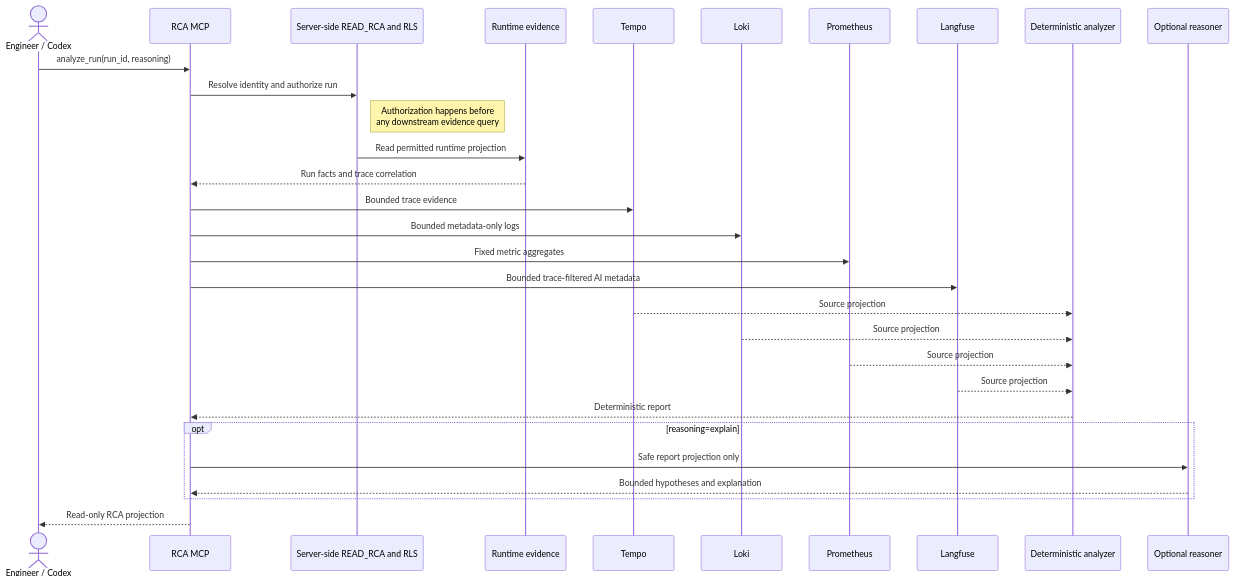
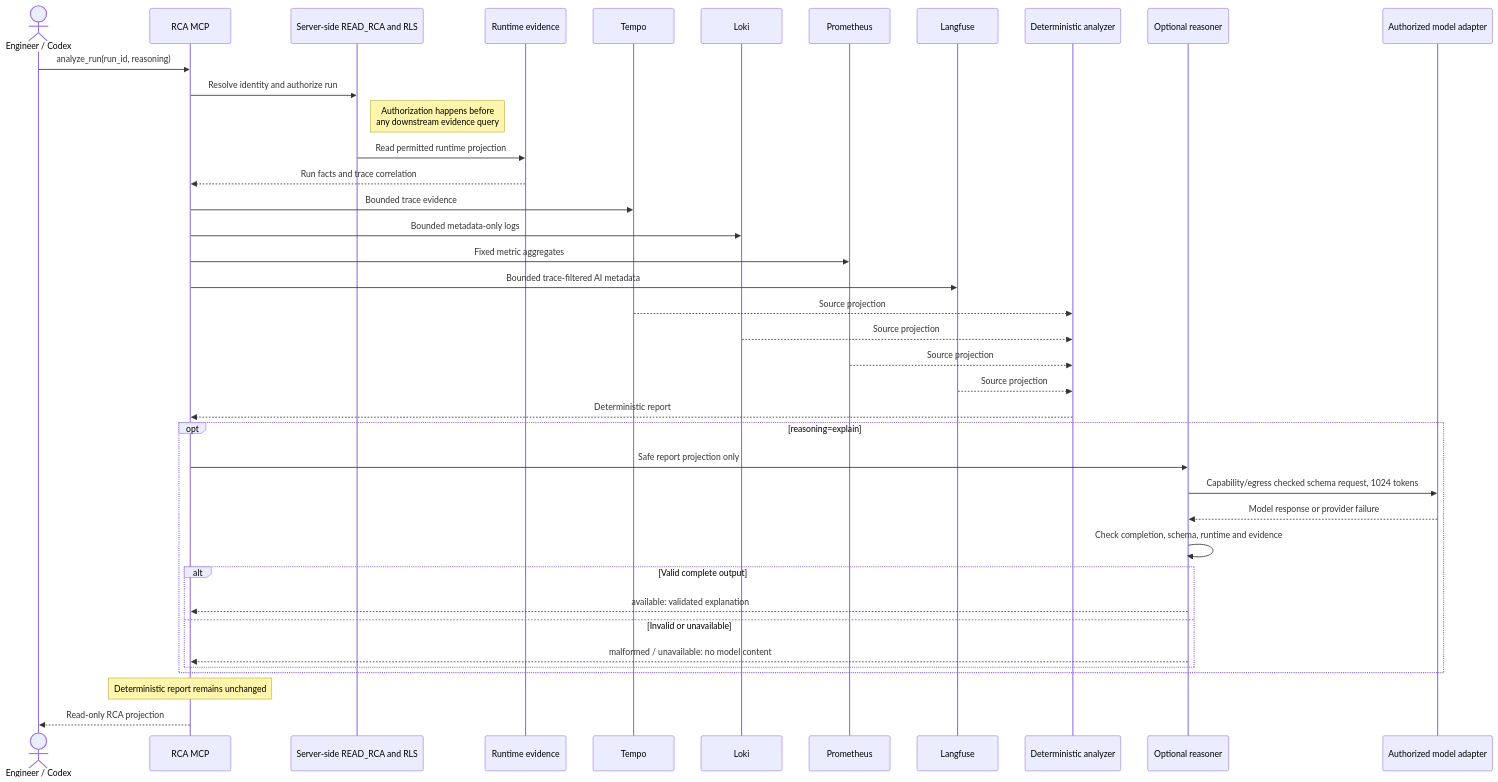
The fourth of 4 diagrams in docs/architecture/observability.md (aboerzel/industrial-ai-agent), drawn with Mermaid before and after one commit. The commit also changed other lines of this file and 7 other files, not shown here.

First line of the commit message:
fix(rca): harden optional model explanation validation

````diff
--- a/docs/architecture/observability.md
+++ b/docs/architecture/observability.md
@@ -373,33 +383,42 @@
 ```mermaid
 sequenceDiagram
     actor Client as Engineer / Codex
     participant MCP as RCA MCP
     participant Auth as Server-side READ_RCA and RLS
     participant Runtime as Runtime evidence
     participant Tempo
     participant Loki
     participant Prometheus
     participant Langfuse
     participant Analyzer as Deterministic analyzer
     participant Reasoner as Optional reasoner
+    participant Provider as Authorized model adapter
 
     Client->>MCP: analyze_run(run_id, reasoning)
     MCP->>Auth: Resolve identity and authorize run
     Note right of Auth: Authorization happens before<br/>any downstream evidence query
     Auth->>Runtime: Read permitted runtime projection
     Runtime-->>MCP: Run facts and trace correlation
     MCP->>Tempo: Bounded trace evidence
     MCP->>Loki: Bounded metadata-only logs
     MCP->>Prometheus: Fixed metric aggregates
     MCP->>Langfuse: Bounded trace-filtered AI metadata
     Tempo-->>Analyzer: Source projection
     Loki-->>Analyzer: Source projection
     Prometheus-->>Analyzer: Source projection
     Langfuse-->>Analyzer: Source projection
     Analyzer-->>MCP: Deterministic report
     opt reasoning=explain
         MCP->>Reasoner: Safe report projection only
-        Reasoner-->>MCP: Bounded hypotheses and explanation
+        Reasoner->>Provider: Capability/egress checked schema request, 1024 tokens
+        Provider-->>Reasoner: Model response or provider failure
+        Reasoner->>Reasoner: Check completion, schema, runtime and evidence
+        alt Valid complete output
+            Reasoner-->>MCP: available: validated explanation
+        else Invalid or unavailable
+            Reasoner-->>MCP: malformed / unavailable: no model content
+        end
     end
+    Note over MCP: Deterministic report remains unchanged
     MCP-->>Client: Read-only RCA projection
 ```
````
